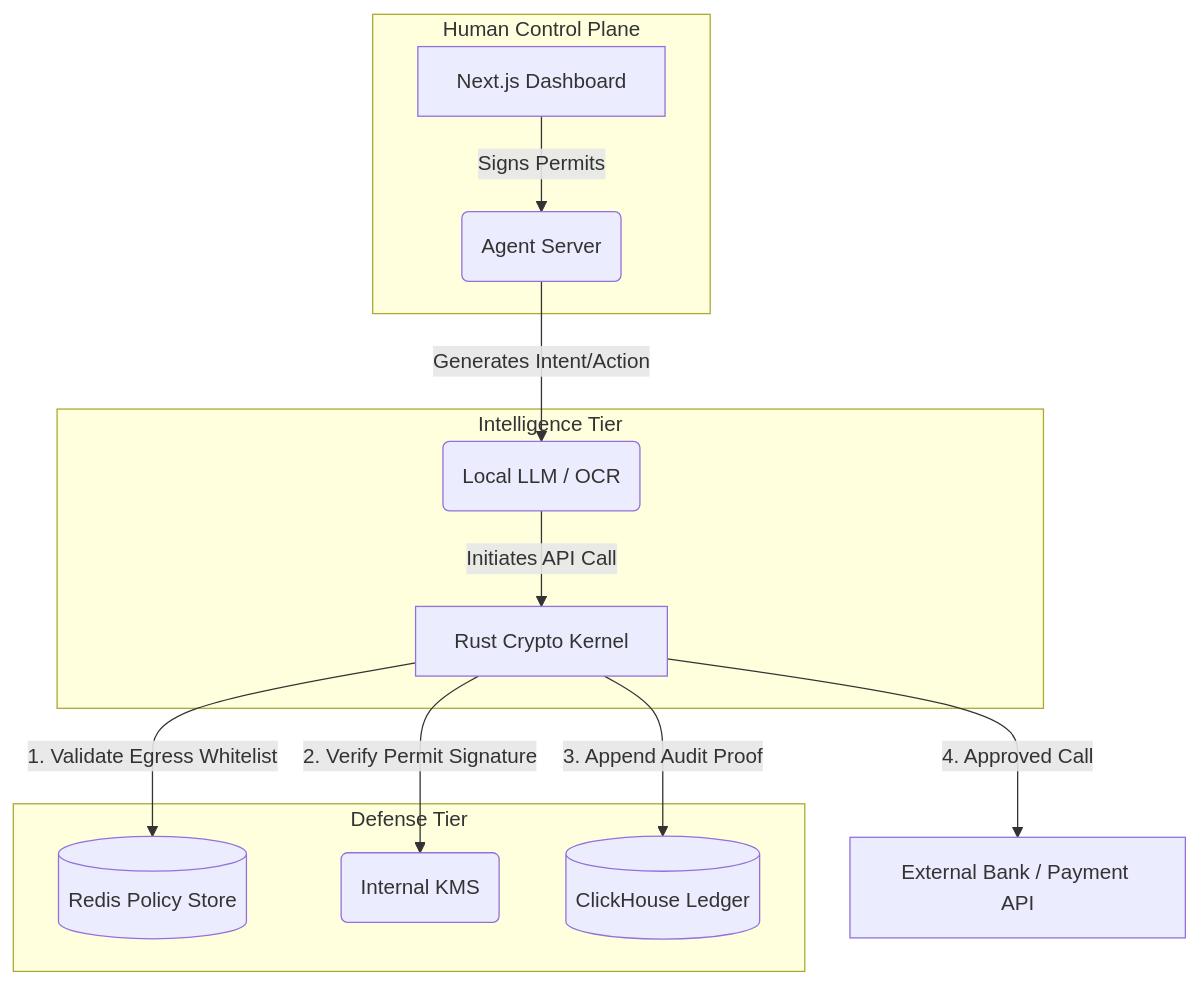
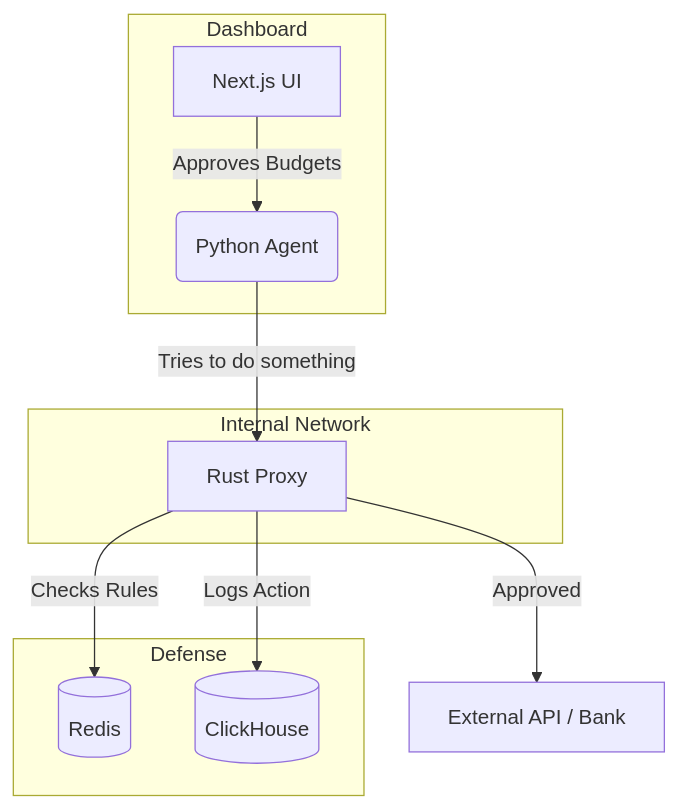
One commit to kash002001/atrosha-optimized changed the diagram in Atrosha/README.md. Above: the diagram before and after it, drawn with Mermaid. The commit also changed other lines of this file, not shown here.

````diff
--- a/Atrosha/README.md
+++ b/Atrosha/README.md
@@ -54,19 +32,17 @@
 ```mermaid
 graph TD
-    subgraph Human Control Plane
-        D[Next.js Dashboard] -->|Signs Permits| API(Agent Server)
+    subgraph Dashboard
+        D[Next.js UI] -->|Approves Budgets| API(Python Agent)
     end
     
-    subgraph Intelligence Tier
-        API -->|Generates Intent/Action| SG(Local LLM / OCR)
-        SG -->|Initiates API Call| P[Rust Crypto Kernel]
+    subgraph Internal Network
+        API -->|Tries to do something| P[Rust Proxy]
     end
 
-    subgraph Defense Tier
-        P -->|1. Validate Egress Whitelist| Redis[(Redis Policy Store)]
-        P -->|2. Verify Permit Signature| KMS(Internal KMS)
-        P -->|3. Append Audit Proof| CH[(ClickHouse Ledger)]
+    subgraph Defense
+        P -->|Checks Rules| Redis[(Redis)]
+        P -->|Logs Action| CH[(ClickHouse)]
     end
 
-    P -->|4. Approved Call| External[External Bank / Payment API]
+    P -->|Approved| External[External API / Bank]
 ```
````
